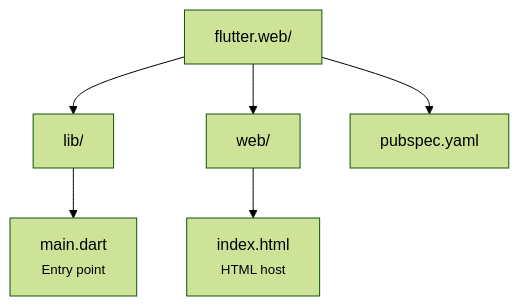
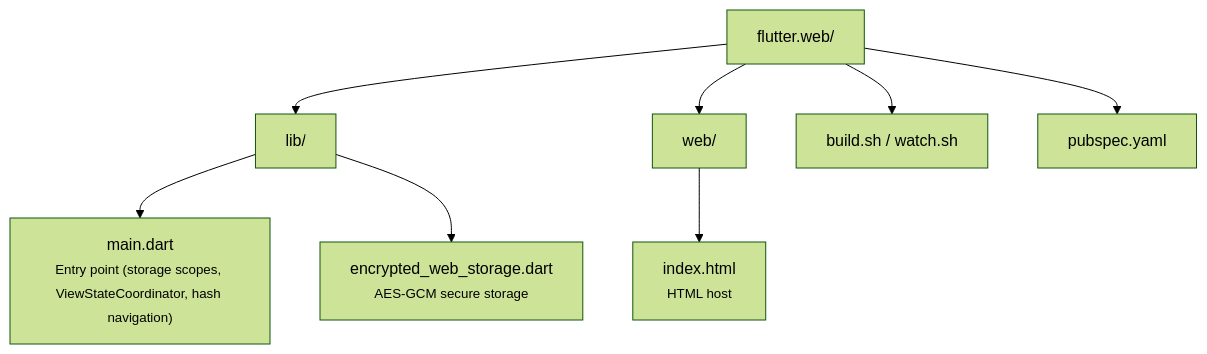
Before and after one commit to mrcdom/wdc-cube-java-v2: the diagram in fontes/br.com.wdc.store/br.com.wdc.store.view.remote/remote.shell.flutter/flutter.web/README.md, drawn with Mermaid (forest theme). The commit also changed other lines of this file and 50 other files, not shown here.

````diff
--- a/fontes/br.com.wdc.store/br.com.wdc.store.view.remote/remote.shell.flutter/flutter.web/README.md
+++ b/fontes/br.com.wdc.store/br.com.wdc.store.view.remote/remote.shell.flutter/flutter.web/README.md
@@ -29,15 +43,19 @@
 ```mermaid
 graph TD
     root["flutter.web/"]
     lib["lib/"]
-    main["main.dart<br/><small>Entry point</small>"]
+    main["main.dart<br/><small>Entry point (storage scopes, ViewStateCoordinator, hash navigation)</small>"]
+    enc["encrypted_web_storage.dart<br/><small>AES-GCM secure storage</small>"]
     web["web/"]
     index["index.html<br/><small>HTML host</small>"]
+    buildsh["build.sh / watch.sh"]
     pubspec["pubspec.yaml"]
 
     root --> lib
     root --> web
+    root --> buildsh
     root --> pubspec
     lib --> main
+    lib --> enc
     web --> index
 ```
````
